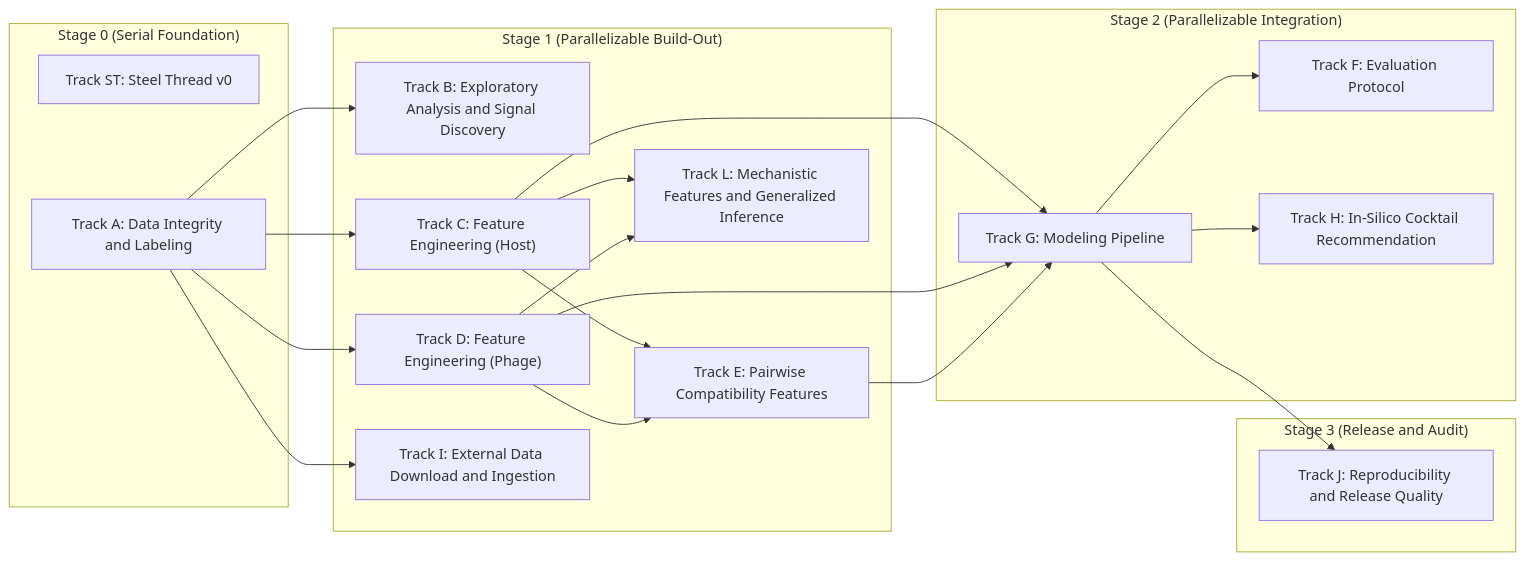
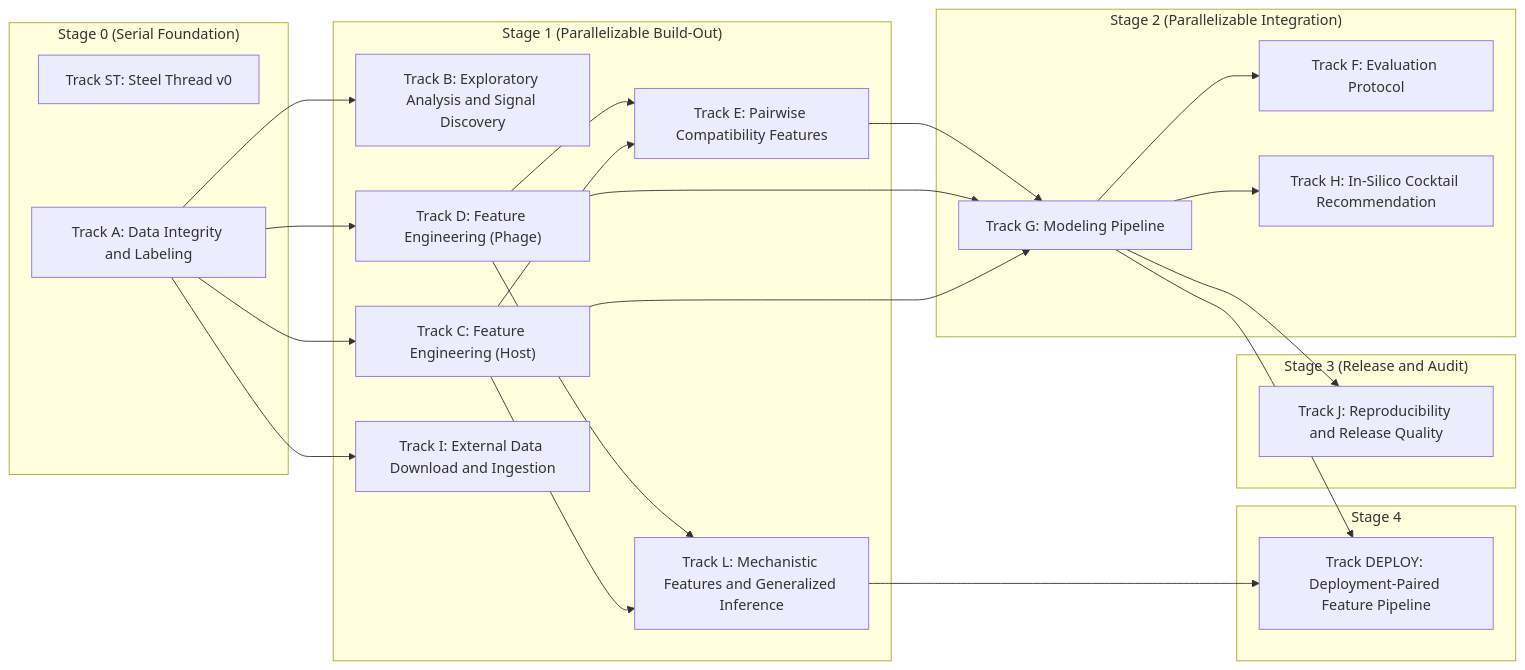
The diagram in lyzortx/research_notes/PLAN.md (LorenaDerezanin/coli_phage_interactions_2023), drawn with Mermaid before and after one commit. The commit also changed other lines of this file and 1 other file, not shown here.

First line of the commit message:
Add Deployment-Paired Feature Pipeline track to plan

````diff
--- a/lyzortx/research_notes/PLAN.md
+++ b/lyzortx/research_notes/PLAN.md
@@ -7,41 +7,47 @@
 ```mermaid
 graph LR
   subgraph s0["Stage 0 (Serial Foundation)"]
     tst["Track ST: Steel Thread v0"]
     ta["Track A: Data Integrity and Labeling"]
   end
 
   subgraph s1["Stage 1 (Parallelizable Build-Out)"]
     tb["Track B: Exploratory Analysis and Signal Discovery"]
     tc["Track C: Feature Engineering (Host)"]
     td["Track D: Feature Engineering (Phage)"]
     te["Track E: Pairwise Compatibility Features"]
     ti["Track I: External Data Download and Ingestion"]
     tl["Track L: Mechanistic Features and Generalized Inference"]
   end
 
   subgraph s2["Stage 2 (Parallelizable Integration)"]
     tf["Track F: Evaluation Protocol"]
     tg["Track G: Modeling Pipeline"]
     th["Track H: In-Silico Cocktail Recommendation"]
   end
 
   subgraph s3["Stage 3 (Release and Audit)"]
     tj["Track J: Reproducibility and Release Quality"]
   end
 
+  subgraph s4["Stage 4"]
+    tdeploy["Track DEPLOY: Deployment-Paired Feature Pipeline"]
+  end
+
   ta --> tb
   ta --> tc
   ta --> td
   tc --> te
   td --> te
   tg --> tf
   tc --> tg
   td --> tg
   te --> tg
   tg --> th
   ta --> ti
   tc --> tl
   td --> tl
   tg --> tj
+  tl --> tdeploy
+  tg --> tdeploy
 ```
````
